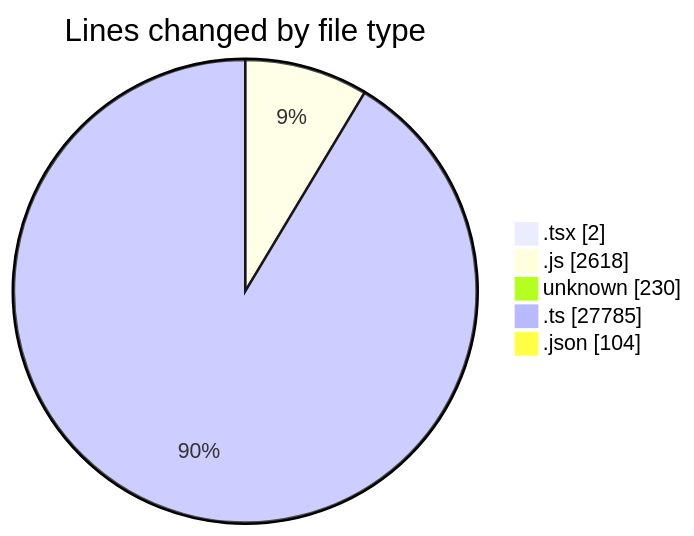
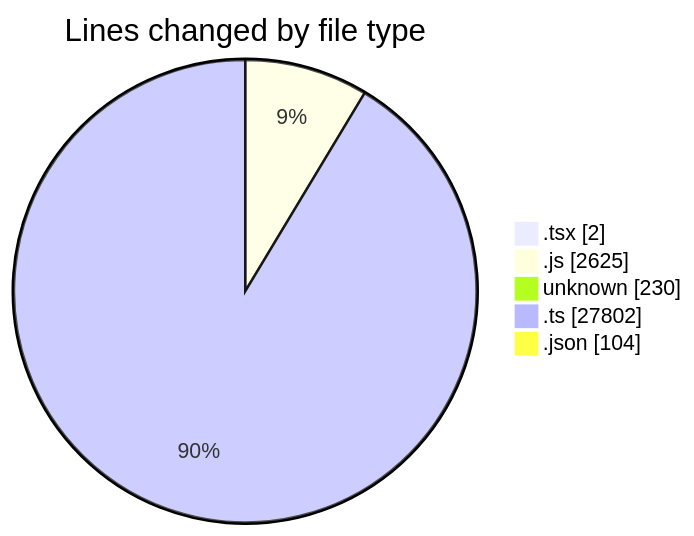
Before and after one commit to momahboobian/code-tracking: the first of 2 diagrams in 2026-05-06/cda/README.md, drawn with Mermaid. The commit also changed other lines of this file and 1 other file, not shown here.

````diff
--- a/2026-05-06/cda/README.md
+++ b/2026-05-06/cda/README.md
@@ -36,9 +36,9 @@
 ```mermaid
 pie showData
 title Lines changed by file type
 ".tsx" : 2
-".js" : 2618
+".js" : 2625
 "unknown" : 230
-".ts" : 27785
+".ts" : 27802
 ".json" : 104
 ```
````
